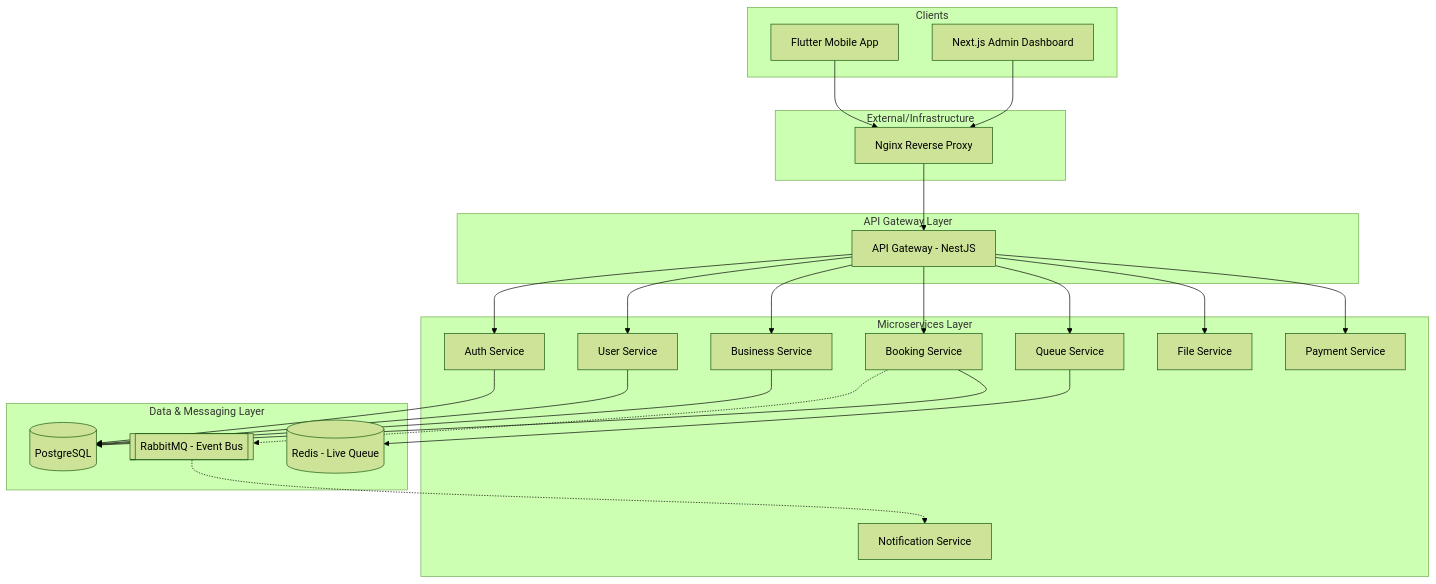
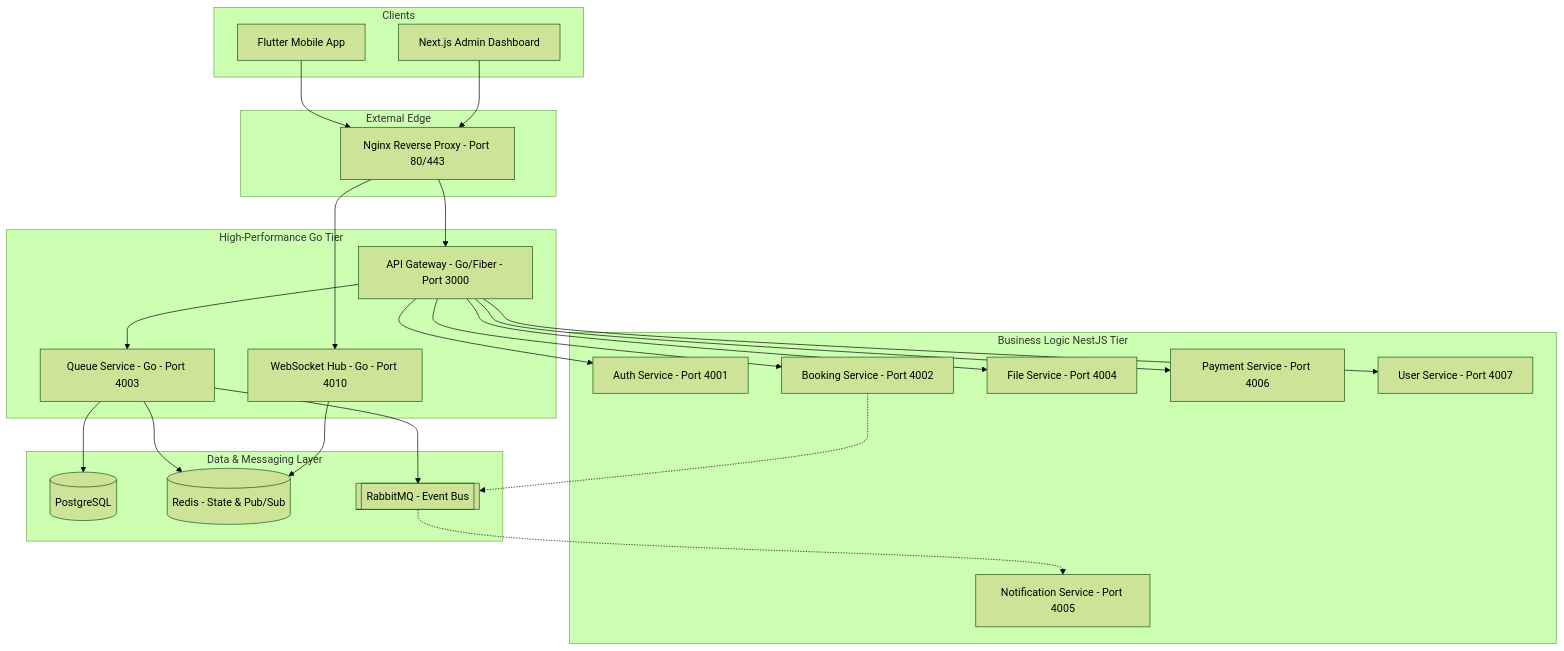
One commit to sandeshhypha-eng/hospital_booking_app changed the diagram in ARCHITECTURE.md. Above: the diagram before and after it, drawn with Mermaid (forest theme). The commit also changed other lines of this file and 16 other files, not shown here.

First line of the commit message:
refactor: migrate to high-performance hybrid architecture (Go + NestJS)

````diff
--- a/ARCHITECTURE.md
+++ b/ARCHITECTURE.md
@@ -7,59 +7,57 @@
 ```mermaid
 graph TD
     subgraph Clients
         MobileApp[Flutter Mobile App]
         AdminDash[Next.js Admin Dashboard]
     end
 
-    subgraph "External/Infrastructure"
-        Nginx[Nginx Reverse Proxy]
+    subgraph "External Edge"
+        Nginx[Nginx Reverse Proxy - Port 80/443]
     end
 
-    subgraph "API Gateway Layer"
-        Gateway[API Gateway - NestJS]
+    subgraph "High-Performance Go Tier"
+        Gateway[API Gateway - Go/Fiber - Port 3000]
+        WSHub[WebSocket Hub - Go - Port 4010]
+        QueueSvc[Queue Service - Go - Port 4003]
     end
 
-    subgraph "Microservices Layer"
-        AuthSvc[Auth Service]
-        UserSvc[User Service]
-        BusinessSvc[Business Service]
-        BookingSvc[Booking Service]
-        QueueSvc[Queue Service]
-        NotifSvc[Notification Service]
-        FileSvc[File Service]
-        PaymentSvc[Payment Service]
+    subgraph "Business Logic NestJS Tier"
+        AuthSvc[Auth Service - Port 4001]
+        BookingSvc[Booking Service - Port 4002]
+        FileSvc[File Service - Port 4004]
+        NotifSvc[Notification Service - Port 4005]
+        PaymentSvc[Payment Service - Port 4006]
+        UserSvc[User Service - Port 4007]
     end
 
     subgraph "Data & Messaging Layer"
         Postgres[(PostgreSQL)]
-        Redis[(Redis - Live Queue)]
+        Redis[(Redis - State & Pub/Sub)]
         RMQ[[RabbitMQ - Event Bus]]
     end
 
     %% Client to Nginx
     MobileApp --> Nginx
     AdminDash --> Nginx
 
-    %% Nginx to Gateway
+    %% Nginx to Gateway & WS
     Nginx --> Gateway
+    Nginx --> WSHub
 
     %% Gateway to Services
     Gateway --> AuthSvc
-    Gateway --> UserSvc
-    Gateway --> BusinessSvc
     Gateway --> BookingSvc
     Gateway --> QueueSvc
     Gateway --> FileSvc
     Gateway --> PaymentSvc
+    Gateway --> UserSvc
 
     %% Service Inter-communication
+    QueueSvc --> Redis
+    QueueSvc --> Postgres
+    QueueSvc --> RMQ
+    WSHub --> Redis
+
+    RMQ -.-> NotifSvc
     BookingSvc -.-> RMQ
-    RMQ -.-> NotifSvc
-    QueueSvc --> Redis
-
-    %% Databases
-    AuthSvc --> Postgres
-    BusinessSvc --> Postgres
-    BookingSvc --> Postgres
-    UserSvc --> Postgres
 ```
````
